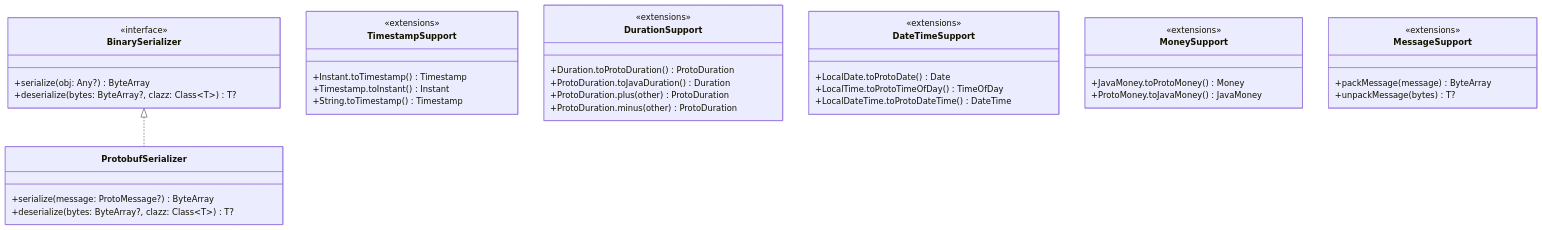
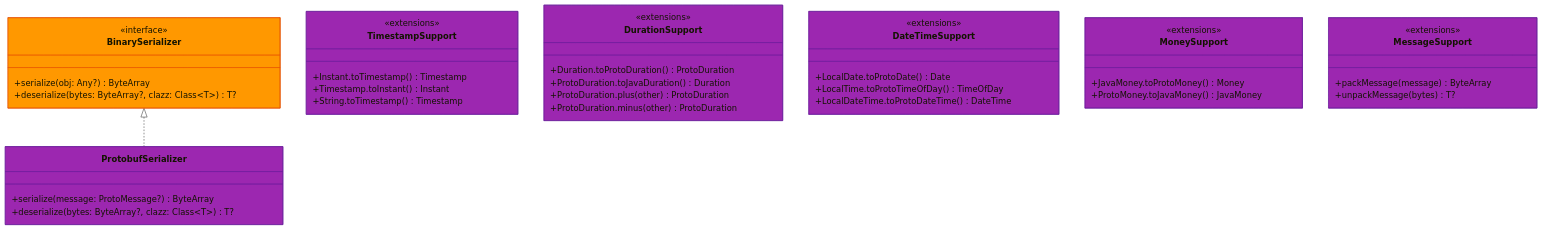
Before and after one commit to bluetape4k/bluetape4k-projects: the first of 3 diagrams in io/protobuf/README.md, drawn with Mermaid. The commit also changed 74 other files, not shown here.

First line of the commit message:
docs: bluetape4k/core/coroutines/logging, io/feign~vertx README 색상 Mermaid UML 추가

````diff
--- a/io/protobuf/README.md
+++ b/io/protobuf/README.md
@@ -114,49 +114,52 @@
 ```mermaid
 classDiagram
-    class BinarySerializer {
+    class BinarySerializer:::codecStyle {
         <<interface>>
         +serialize(obj: Any?) ByteArray
         +deserialize(bytes: ByteArray?, clazz: Class~T~) T?
     }
 
-    class ProtobufSerializer {
+    class ProtobufSerializer:::protoStyle {
         +serialize(message: ProtoMessage?) ByteArray
         +deserialize(bytes: ByteArray?, clazz: Class~T~) T?
     }
 
-    class TimestampSupport {
+    class TimestampSupport:::protoStyle {
         <<extensions>>
         +Instant.toTimestamp() Timestamp
         +Timestamp.toInstant() Instant
         +String.toTimestamp() Timestamp
     }
 
-    class DurationSupport {
+    class DurationSupport:::protoStyle {
         <<extensions>>
         +Duration.toProtoDuration() ProtoDuration
         +ProtoDuration.toJavaDuration() Duration
         +ProtoDuration.plus(other) ProtoDuration
         +ProtoDuration.minus(other) ProtoDuration
     }
 
-    class DateTimeSupport {
+    class DateTimeSupport:::protoStyle {
         <<extensions>>
         +LocalDate.toProtoDate() Date
         +LocalTime.toProtoTimeOfDay() TimeOfDay
         +LocalDateTime.toProtoDateTime() DateTime
     }
 
-    class MoneySupport {
+    class MoneySupport:::protoStyle {
         <<extensions>>
         +JavaMoney.toProtoMoney() Money
         +ProtoMoney.toJavaMoney() JavaMoney
     }
 
-    class MessageSupport {
+    class MessageSupport:::protoStyle {
         <<extensions>>
         +packMessage(message) ByteArray
         +unpackMessage(bytes) T?
     }
 
     BinarySerializer <|.. ProtobufSerializer
+
+    classDef protoStyle  fill:#9C27B0,stroke:#6A1B9A
+    classDef codecStyle  fill:#FF9800,stroke:#E65100
 ```
````
